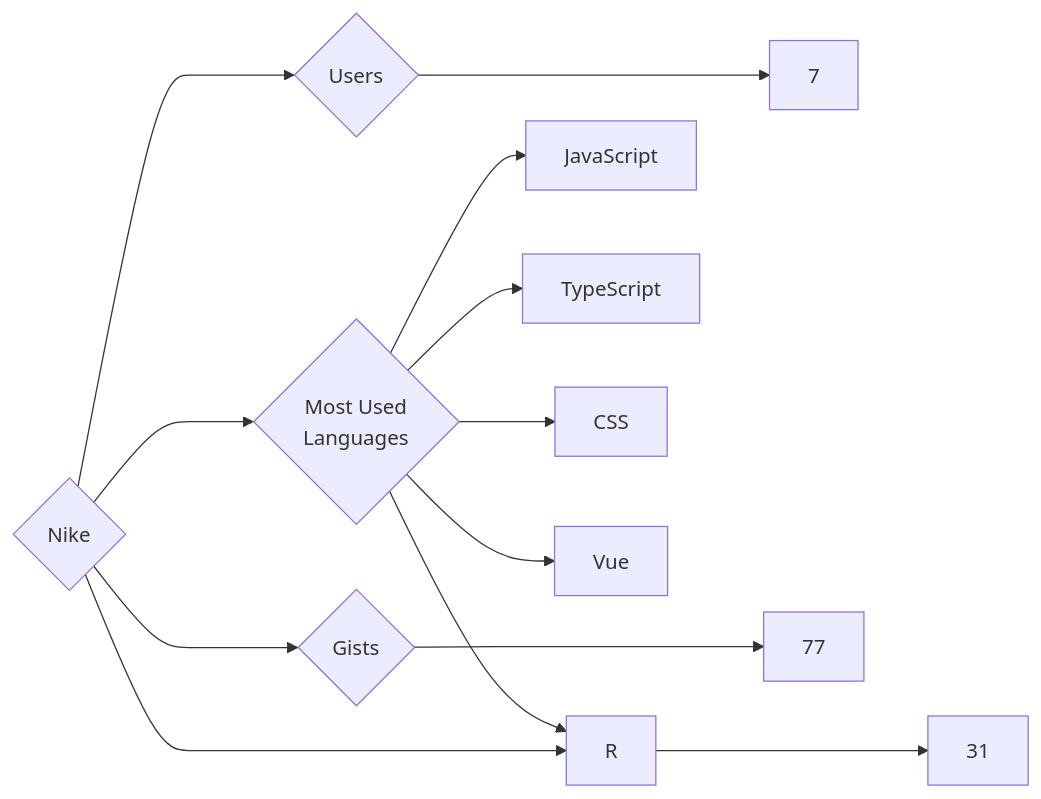
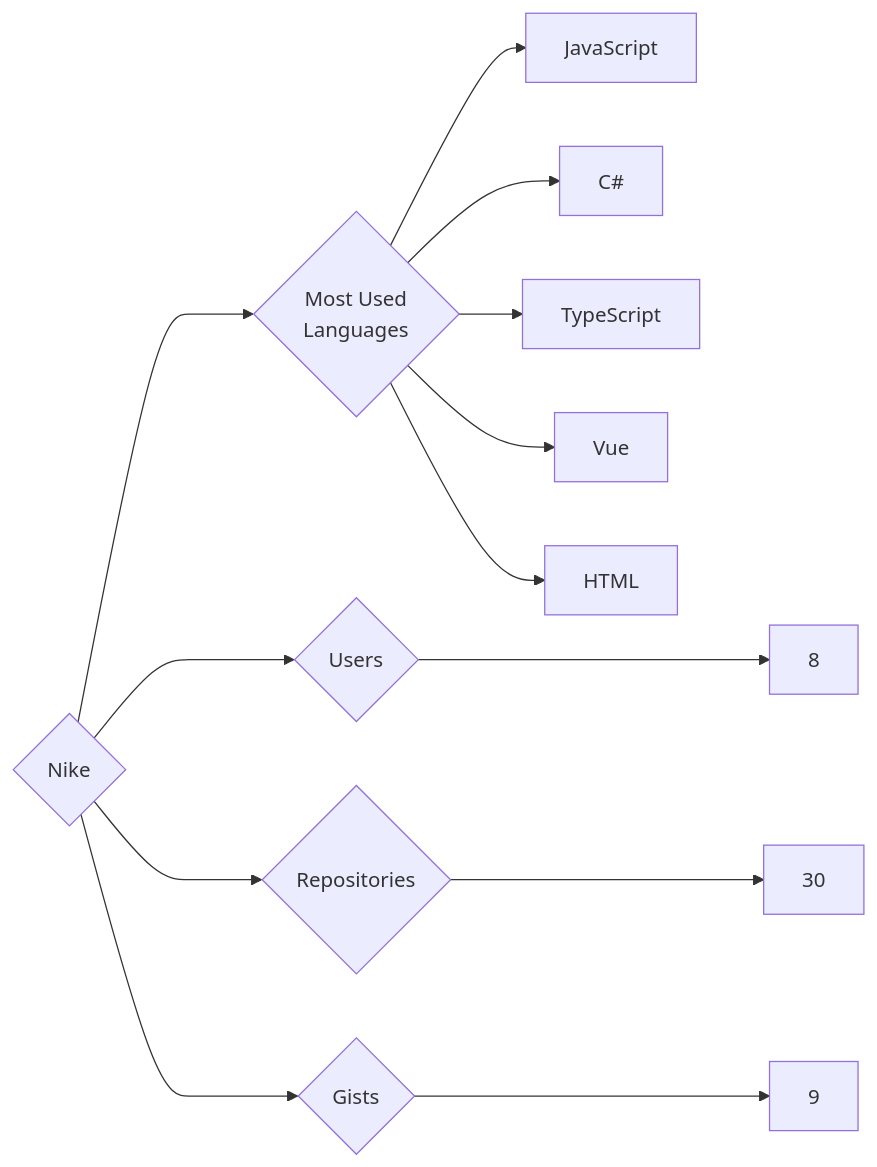
Before and after one commit to trickest/insiders: the diagram in targets/Nike/README.md, drawn with Mermaid. The commit also changed 953 other files, not shown here.

````diff
--- a/targets/Nike/README.md
+++ b/targets/Nike/README.md
@@ -3,13 +3,13 @@
 ```mermaid
 graph LR
 COMPANY_NAME{Nike}
-COMPANY_NAME ---> U{Users} ---> UN[7]
-COMPANY_NAME ---> R{Repositories} ---> RN[31]
-COMPANY_NAME ---> G{Gists} ---> GN[77]
+COMPANY_NAME ---> U{Users} ---> UN[8]
+COMPANY_NAME ---> R{Repositories} ---> RN[30]
+COMPANY_NAME ---> G{Gists} ---> GN[9]
 COMPANY_NAME ---> ML{Most Used<br>Languages}
 ML --> JavaScript[JavaScript]
+ML --> C#[C#]
 ML --> TypeScript[TypeScript]
-ML --> CSS[CSS]
 ML --> Vue[Vue]
-ML --> R[R]
+ML --> HTML[HTML]
 ```
````
